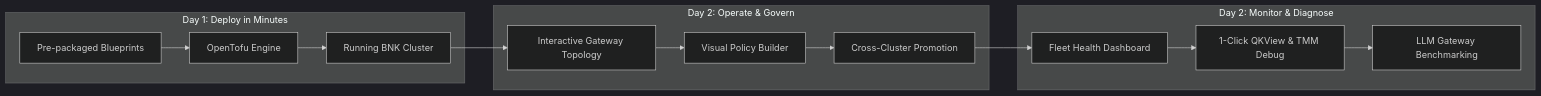
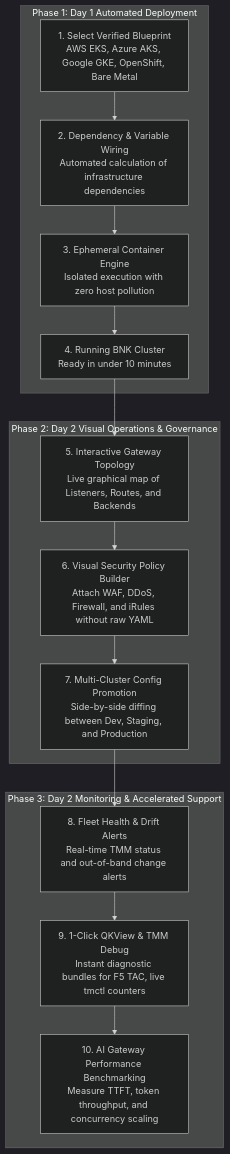
The first of 5 diagrams in docs/DEVCENTRAL_OVERVIEW.md (f5devcentral/bnk-forge), drawn with Mermaid (dark theme) before and after one commit. The commit also changed other lines of this file and 2 other files, not shown here.

Commit message:
docs: remove emojis, improve diagram clarity, and specify BNK 4.0.0 compatibility

````diff
--- a/docs/DEVCENTRAL_OVERVIEW.md
+++ b/docs/DEVCENTRAL_OVERVIEW.md
@@ -20,20 +20,27 @@
 ```mermaid
-flowchart LR
-    subgraph D1["Day 1: Deploy in Minutes"]
-        B["Pre-packaged Blueprints"] --> P["OpenTofu Engine"]
-        P --> C["Running BNK Cluster"]
+flowchart TD
+    subgraph Phase1["Phase 1: Day 1 Automated Deployment"]
+        P1A["1. Select Verified Blueprint\nAWS EKS, Azure AKS, Google GKE, OpenShift, Bare Metal"]
+        P1B["2. Dependency & Variable Wiring\nAutomated calculation of infrastructure dependencies"]
+        P1C["3. Ephemeral Container Engine\nIsolated execution with zero host pollution"]
+        P1D["4. Running BNK Cluster\nReady in under 10 minutes"]
+        P1A --> P1B --> P1C --> P1D
     end
 
-    subgraph D2Ops["Day 2: Operate & Govern"]
-        T["Interactive Gateway Topology"] --> Pol["Visual Policy Builder"]
-        Pol --> Prom["Cross-Cluster Promotion"]
+    subgraph Phase2["Phase 2: Day 2 Visual Operations & Governance"]
+        P2A["5. Interactive Gateway Topology\nLive graphical map of Listeners, Routes, and Backends"]
+        P2B["6. Visual Security Policy Builder\nAttach WAF, DDoS, Firewall, and iRules without raw YAML"]
+        P2C["7. Multi-Cluster Config Promotion\nSide-by-side diffing between Dev, Staging, and Production"]
+        P2A --> P2B --> P2C
     end
 
-    subgraph D2Mon["Day 2: Monitor & Diagnose"]
-        F["Fleet Health Dashboard"] --> Q["1-Click QKView & TMM Debug"]
-        Q --> Bench["LLM Gateway Benchmarking"]
+    subgraph Phase3["Phase 3: Day 2 Monitoring & Accelerated Support"]
+        P3A["8. Fleet Health & Drift Alerts\nReal-time TMM status and out-of-band change alerts"]
+        P3B["9. 1-Click QKView & TMM Debug\nInstant diagnostic bundles for F5 TAC, live tmctl counters"]
+        P3C["10. AI Gateway Performance Benchmarking\nMeasure TTFT, token throughput, and concurrency scaling"]
+        P3A --> P3B --> P3C
     end
 
-    C --> T
-    Prom --> F
+    P1D --> P2A
+    P2C --> P3A
 ```
````
